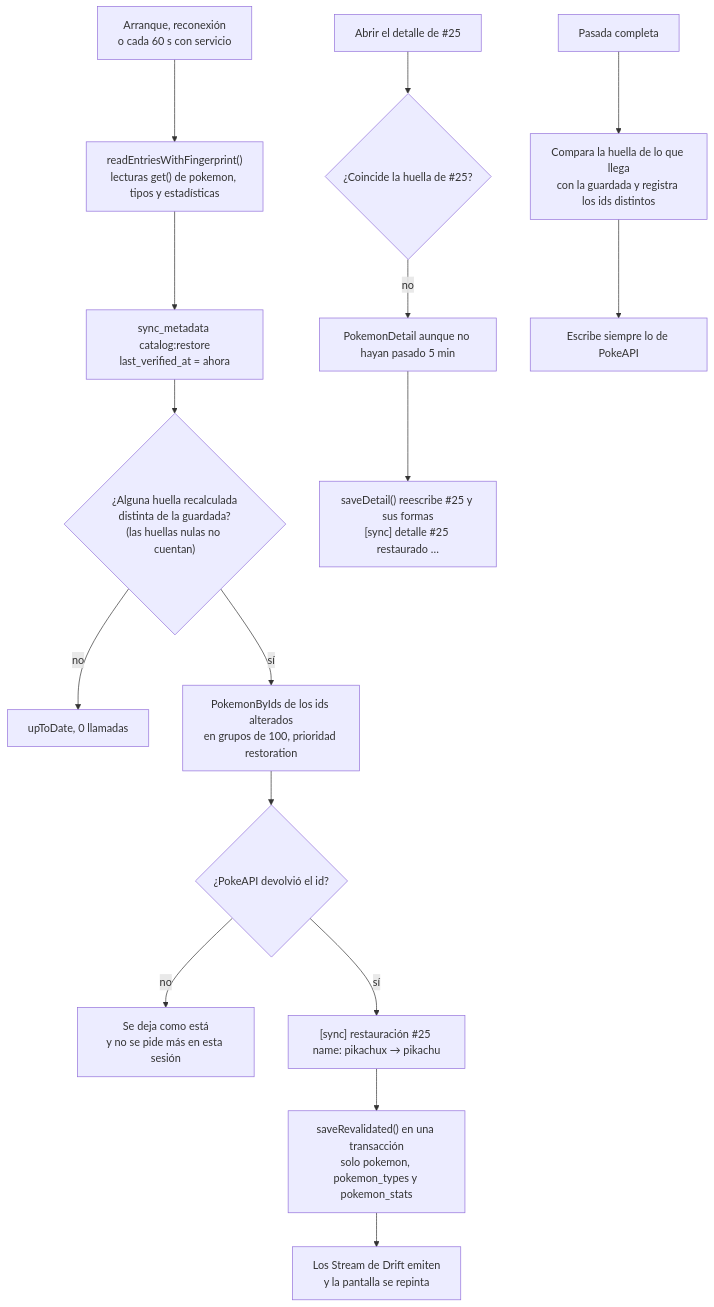
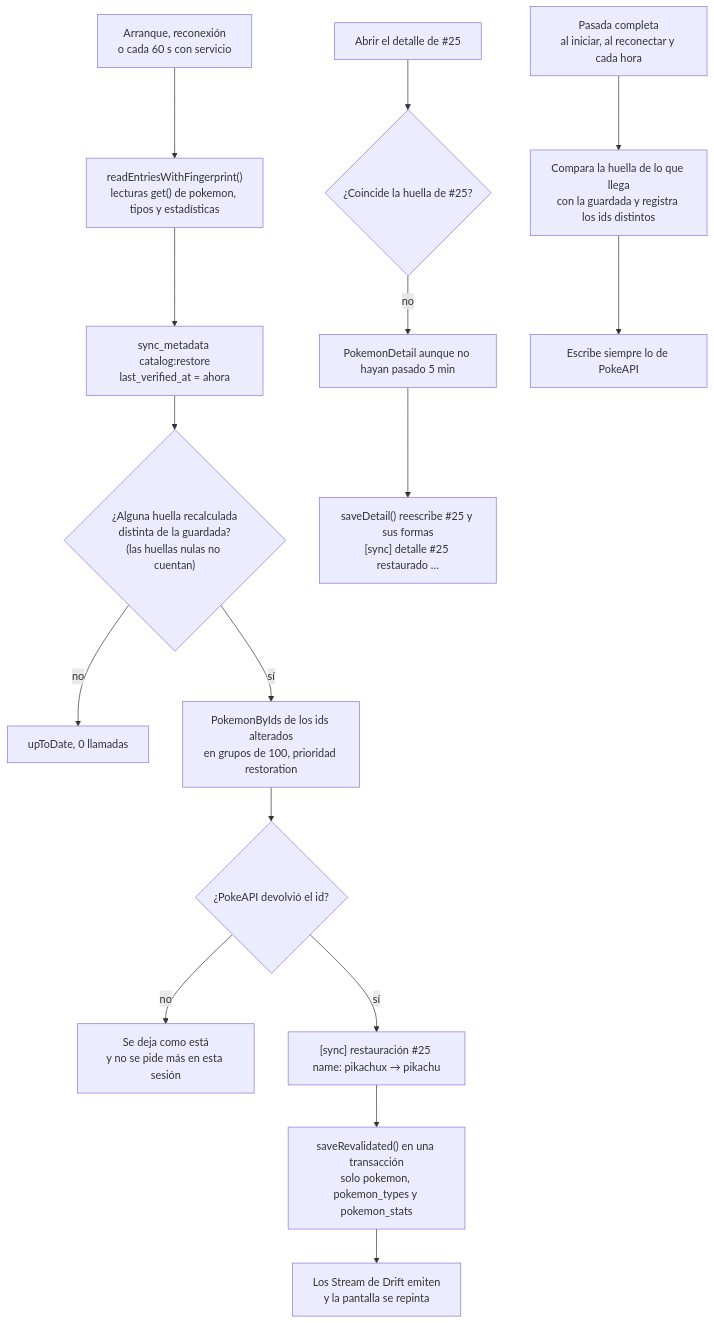
One commit to JoseHidalgoG/pokedex-flutter changed the fifth of 10 diagrams in docs/arquitectura.md. Above: the diagram before and after it, drawn with Mermaid. The commit also changed other lines of this file and 3 other files, not shown here.

Commit message:
docs: indicar que la pasada completa se repite cada hora con servicio

````diff
--- a/docs/arquitectura.md
+++ b/docs/arquitectura.md
@@ -244,20 +247,20 @@
 ```mermaid
 flowchart TD
   Trigger["Arranque, reconexión<br/>o cada 60 s con servicio"] --> Read["readEntriesWithFingerprint()<br/>lecturas get() de pokemon, tipos y estadísticas"]
   Read --> Stamp["sync_metadata catalog:restore<br/>last_verified_at = ahora"]
   Stamp --> Compare{"¿Alguna huella recalculada<br/>distinta de la guardada?<br/>(las huellas nulas no cuentan)"}
   Compare -- no --> UpToDate["upToDate, 0 llamadas"]
   Compare -- sí --> Fetch["PokemonByIds de los ids alterados<br/>en grupos de 100, prioridad restoration"]
   Fetch --> Returned{"¿PokeAPI devolvió el id?"}
   Returned -- no --> Skip["Se deja como está<br/>y no se pide más en esta sesión"]
   Returned -- sí --> Log["[sync] restauración #25 name: pikachux → pikachu"]
   Log --> Save["saveRevalidated() en una transacción<br/>solo pokemon, pokemon_types y pokemon_stats"]
   Save --> Repaint["Los Stream de Drift emiten<br/>y la pantalla se repinta"]
 
   Open["Abrir el detalle de #25"] --> DetailCompare{"¿Coincide la huella de #25?"}
   DetailCompare -- no --> DetailFetch["PokemonDetail aunque no hayan pasado 5 min"]
   DetailFetch --> DetailSave["saveDetail() reescribe #25 y sus formas<br/>[sync] detalle #25 restaurado …"]
 
-  FullPass["Pasada completa"] --> FullCompare["Compara la huella de lo que llega<br/>con la guardada y registra los ids distintos"]
+  FullPass["Pasada completa<br/>al iniciar, al reconectar y cada hora"] --> FullCompare["Compara la huella de lo que llega<br/>con la guardada y registra los ids distintos"]
   FullCompare --> Overwrite["Escribe siempre lo de PokeAPI"]
 ```
````
